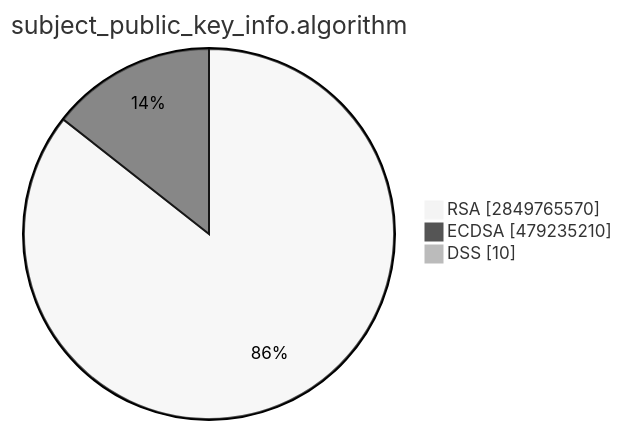
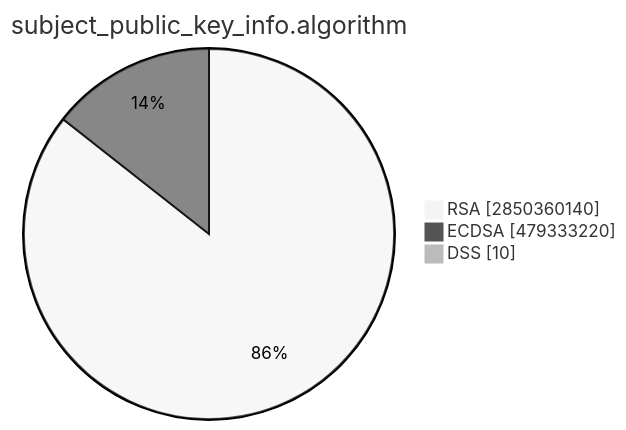
One commit to christiankrug/ctmonitor_visualization changed the second of 15 diagrams in TOTAL/README.md. Above: the diagram before and after it, drawn with Mermaid (neutral theme). The commit also changed other lines of this file, not shown here.

````diff
--- a/TOTAL/README.md
+++ b/TOTAL/README.md
@@ -6,7 +6,7 @@
 ```mermaid
 pie showData
 title subject_public_key_info.algorithm
-"RSA" :2849765570
-"ECDSA" :479235210
+"RSA" :2850360140
+"ECDSA" :479333220
 "DSS" :10
 ```
````
